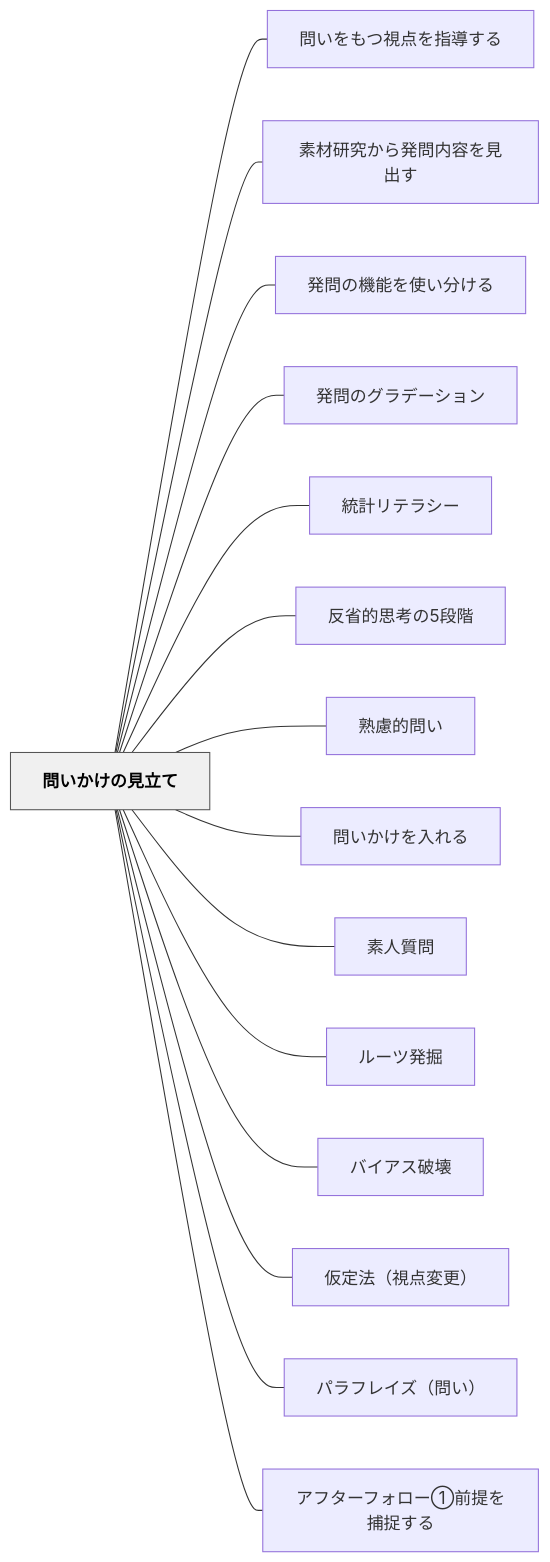
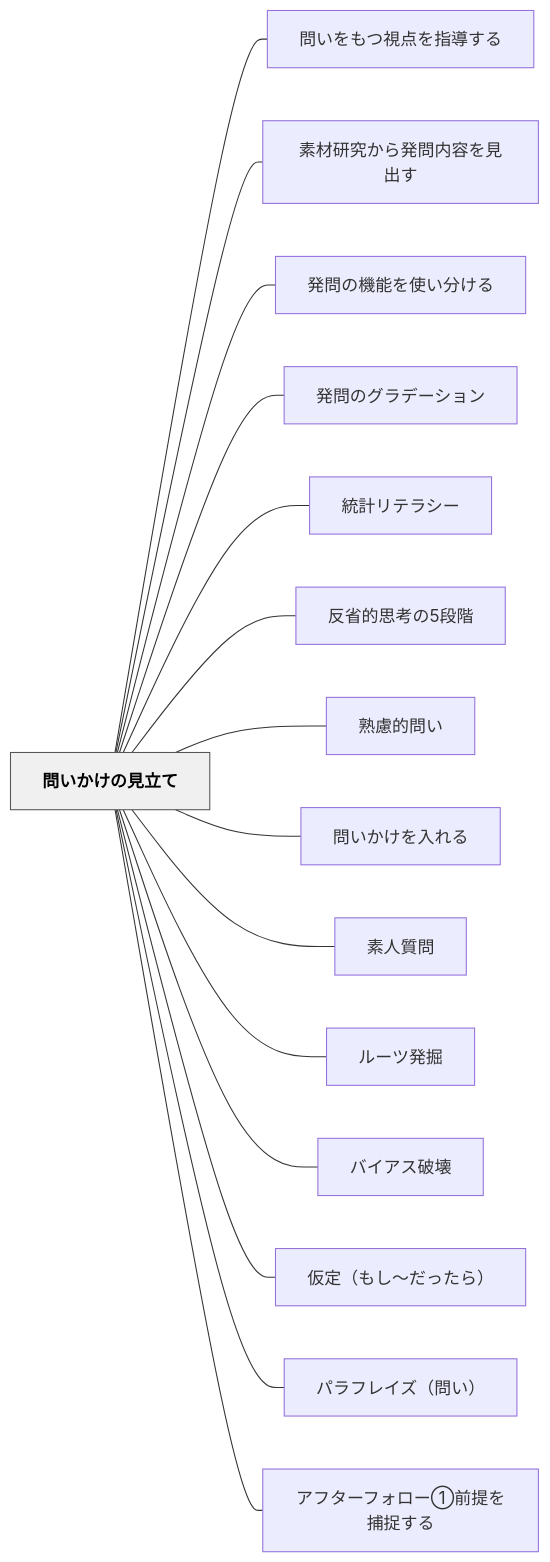
The diagram in content/パタン/問いかけの見立て.md (unknownthings-ed-patterns/unknownthings-ed-patterns), drawn with Mermaid before and after one commit. The commit also changed other lines of this file and 16 other files, not shown here.

````diff
--- a/content/パタン/問いかけの見立て.md
+++ b/content/パタン/問いかけの見立て.md
@@ -117,36 +117,36 @@
 ```mermaid
 flowchart LR
     ne5958fe38184e3818be38191e381aee8a68be7ab8be381a6["問いかけの見立て"]
     ne5958fe38184e38292e38282e381a4e8a696e782b9e38292e68c87e5b08ee38199e3828b["問いをもつ視点を指導する"]
     ne7b4a0e69d90e7a094e7a9b6e3818be38289e799bae5958fe58685e5aeb9e38292e8a68be587bae38199["素材研究から発問内容を見出す"]
     ne799bae5958fe381aee6a99fe883bde38292e4bdbfe38184e58886e38191e3828b["発問の機能を使い分ける"]
     ne799bae5958fe381aee382b0e383a9e38387e383bce382b7e383a7e383b3["発問のグラデーション"]
     ne7b5b1e8a888e383aae38386e383a9e382b7e383bc["統計リテラシー"]
     ne58f8de79c81e79a84e6809de88083e381ae35e6aeb5e99a8e["反省的思考の5段階"]
     ne7869fe685aee79a84e5958fe38184["熟慮的問い"]
     ne5958fe38184e3818be38191e38292e585a5e3828ce3828b["問いかけを入れる"]
     ne7b4a0e4babae8b3aae5958f["素人質問"]
     ne383abe383bce38384e799bae68e98["ルーツ発掘"]
     ne38390e382a4e382a2e382b9e7a0b4e5a38a["バイアス破壊"]
-    ne4bbaee5ae9ae6b395efbc88e8a696e782b9e5a489e69bb4efbc89["仮定法（視点変更）"]
+    ne4bbaee5ae9aefbc88e38282e38197e3809ce381a0e381a3e3819fe38289efbc89["仮定（もし〜だったら）"]
     ne38391e383a9e38395e383ace382a4e382baefbc88e5958fe38184efbc89["パラフレイズ（問い）"]
     ne382a2e38395e382bfe383bce38395e382a9e383ade383bce291a0e5898de68f90e38292e68d95e68d89e38199e3828b["アフターフォロー①前提を捕捉する"]
 
     ne5958fe38184e3818be38191e381aee8a68be7ab8be381a6 --- ne5958fe38184e38292e38282e381a4e8a696e782b9e38292e68c87e5b08ee38199e3828b
     ne5958fe38184e3818be38191e381aee8a68be7ab8be381a6 --- ne7b4a0e69d90e7a094e7a9b6e3818be38289e799bae5958fe58685e5aeb9e38292e8a68be587bae38199
     ne5958fe38184e3818be38191e381aee8a68be7ab8be381a6 --- ne799bae5958fe381aee6a99fe883bde38292e4bdbfe38184e58886e38191e3828b
     ne5958fe38184e3818be38191e381aee8a68be7ab8be381a6 --- ne799bae5958fe381aee382b0e383a9e38387e383bce382b7e383a7e383b3
     ne5958fe38184e3818be38191e381aee8a68be7ab8be381a6 --- ne7b5b1e8a888e383aae38386e383a9e382b7e383bc
     ne5958fe38184e3818be38191e381aee8a68be7ab8be381a6 --- ne58f8de79c81e79a84e6809de88083e381ae35e6aeb5e99a8e
     ne5958fe38184e3818be38191e381aee8a68be7ab8be381a6 --- ne7869fe685aee79a84e5958fe38184
     ne5958fe38184e3818be38191e381aee8a68be7ab8be381a6 --- ne5958fe38184e3818be38191e38292e585a5e3828ce3828b
     ne5958fe38184e3818be38191e381aee8a68be7ab8be381a6 --- ne7b4a0e4babae8b3aae5958f
     ne5958fe38184e3818be38191e381aee8a68be7ab8be381a6 --- ne383abe383bce38384e799bae68e98
     ne5958fe38184e3818be38191e381aee8a68be7ab8be381a6 --- ne38390e382a4e382a2e382b9e7a0b4e5a38a
-    ne5958fe38184e3818be38191e381aee8a68be7ab8be381a6 --- ne4bbaee5ae9ae6b395efbc88e8a696e782b9e5a489e69bb4efbc89
+    ne5958fe38184e3818be38191e381aee8a68be7ab8be381a6 --- ne4bbaee5ae9aefbc88e38282e38197e3809ce381a0e381a3e3819fe38289efbc89
     ne5958fe38184e3818be38191e381aee8a68be7ab8be381a6 --- ne38391e383a9e38395e383ace382a4e382baefbc88e5958fe38184efbc89
     ne5958fe38184e3818be38191e381aee8a68be7ab8be381a6 --- ne382a2e38395e382bfe383bce38395e382a9e383ade383bce291a0e5898de68f90e38292e68d95e68d89e38199e3828b
 
     classDef hub fill:#f0f0f0,stroke:#555,color:#000,font-weight:bold
     class ne5958fe38184e3818be38191e381aee8a68be7ab8be381a6 hub
 ```
````
